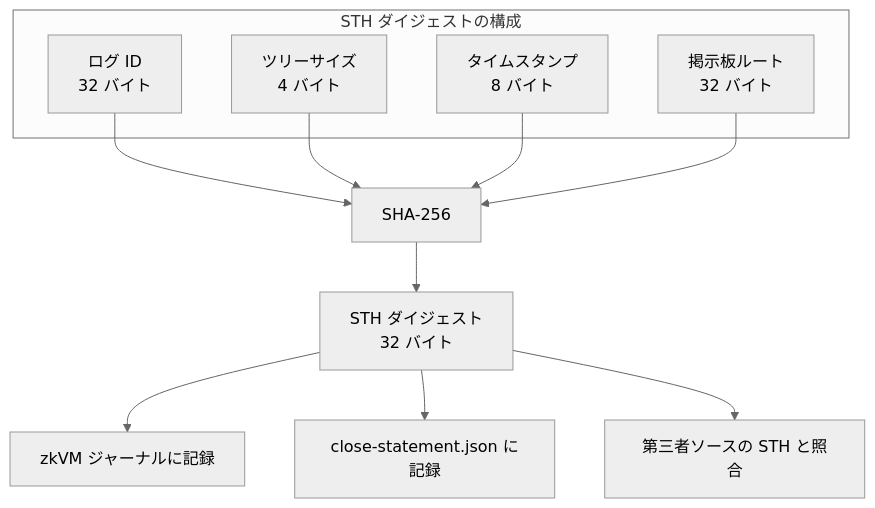
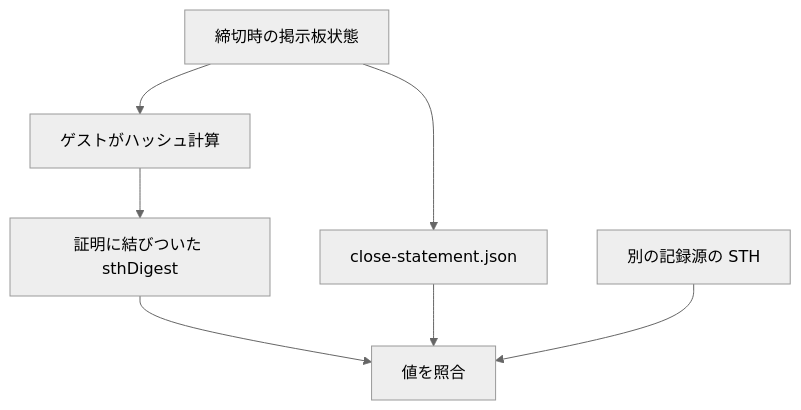
One commit to hwatanabe-jp/stark-ballot-simulator-public changed the diagram in public-book/src/protocol/sth-digest.md. Above: the diagram before and after it, drawn with Mermaid (neutral theme). The commit also changed other lines of this file and 1197 other files, not shown here.

````diff
--- a/public-book/src/protocol/sth-digest.md
+++ b/public-book/src/protocol/sth-digest.md
@@ -13,19 +15,9 @@
 ```mermaid
-flowchart TD
-  subgraph "STH ダイジェストの構成"
-    LID[ログ ID<br/>32 バイト]
-    TSZ[ツリーサイズ<br/>4 バイト]
-    TS[タイムスタンプ<br/>8 バイト]
-    BR[掲示板ルート<br/>32 バイト]
-  end
-
-  LID --> H[SHA-256]
-  TSZ --> H
-  TS --> H
-  BR --> H
-  H --> STH[STH ダイジェスト<br/>32 バイト]
-
-  STH --> J[zkVM ジャーナルに記録]
-  STH --> CS[close-statement.json に記録]
-  STH --> TP[第三者ソースの STH と照合]
+flowchart TB
+  C[締切時の掲示板状態] --> G[ゲストがハッシュ計算]
+  G --> J[証明に結びついた sthDigest]
+  C --> S[close-statement.json]
+  J --> CMP[値を照合]
+  S --> CMP
+  T[別の記録源の STH] --> CMP
 ```
````
